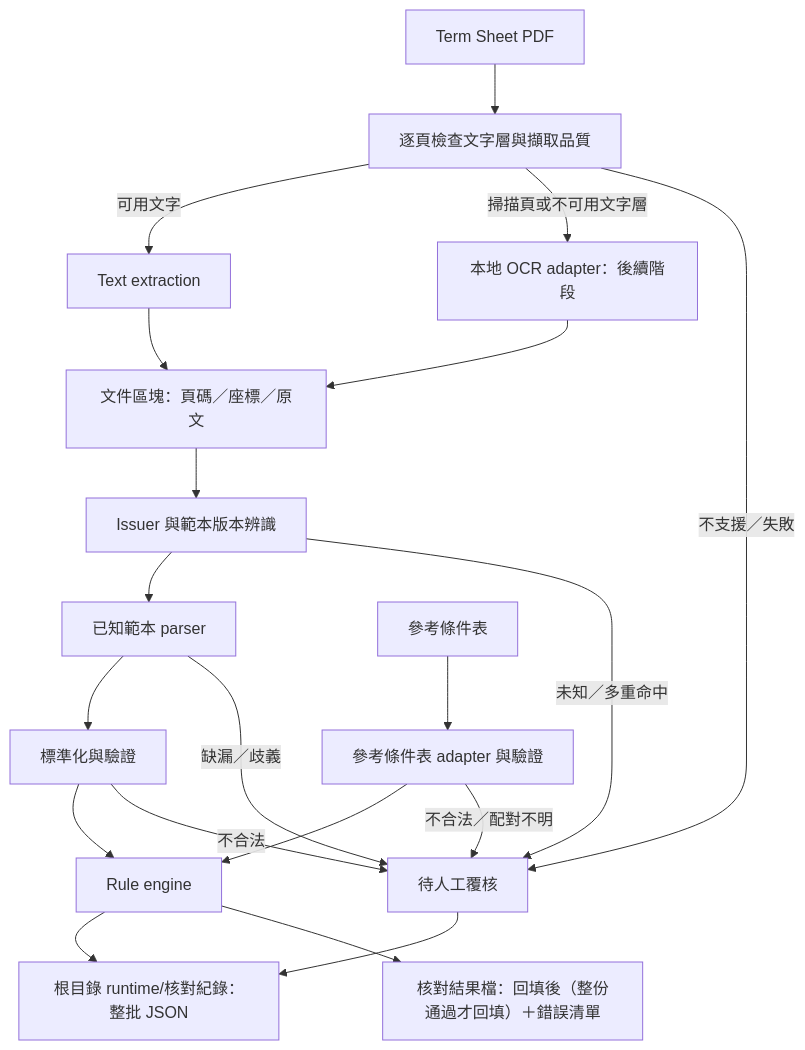
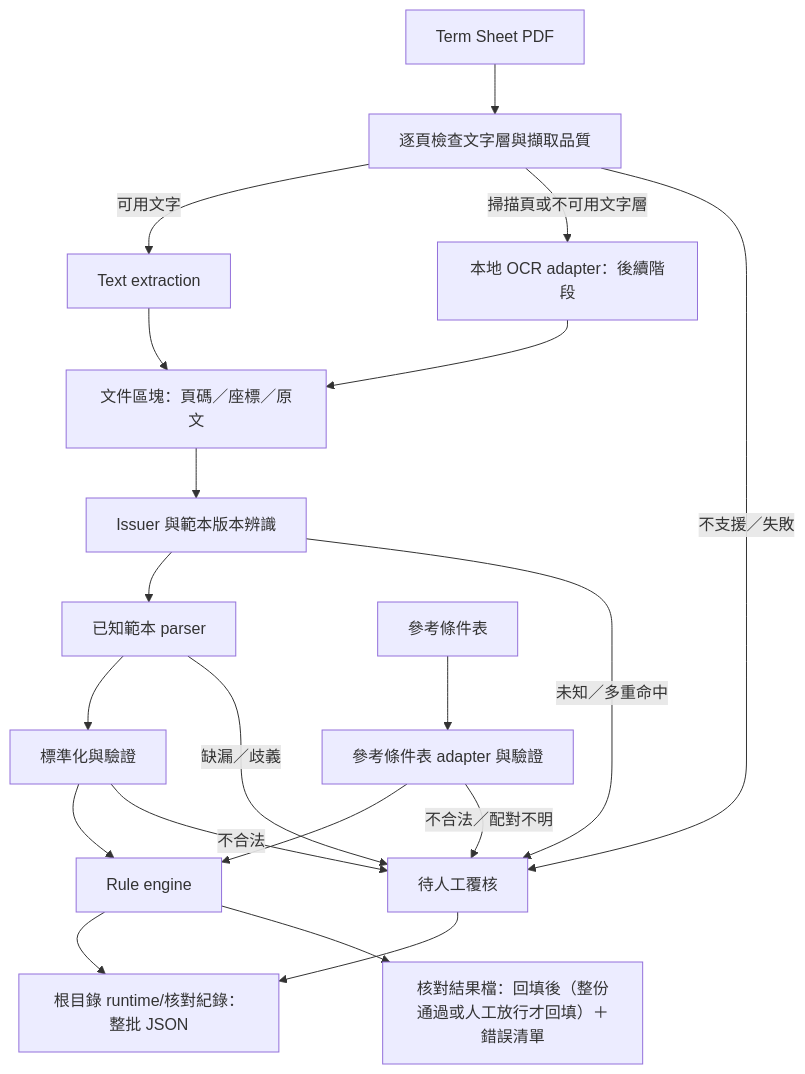
Before and after one commit to TaylorYam/fcn-term-sheet-checker: the diagram in docs/architecture.md, drawn with Mermaid. The commit also changed other lines of this file and 9 other files, not shown here.

````diff
--- a/docs/architecture.md
+++ b/docs/architecture.md
@@ -11,22 +11,22 @@
 ```mermaid
 flowchart TD
     A[Term Sheet PDF] --> B[逐頁檢查文字層與擷取品質]
     B -->|可用文字| C[Text extraction]
     B -->|掃描頁或不可用文字層| D[本地 OCR adapter：後續階段]
     C --> E[文件區塊：頁碼／座標／原文]
     D --> E
     E --> F[Issuer 與範本版本辨識]
     F --> G[已知範本 parser]
     G --> H[標準化與驗證]
     O[參考條件表] --> P[參考條件表 adapter 與驗證]
     H --> R[Rule engine]
     P --> R
     R --> S[根目錄 runtime/核對紀錄：整批 JSON]
-    R --> W[核對結果檔：回填後（整份通過才回填）＋錯誤清單]
+    R --> W[核對結果檔：回填後（整份通過或人工放行才回填）＋錯誤清單]
     B -->|不支援／失敗| X[待人工覆核]
     F -->|未知／多重命中| X
     G -->|缺漏／歧義| X
     H -->|不合法| X
     P -->|不合法／配對不明| X
     X --> S
 ```
````
